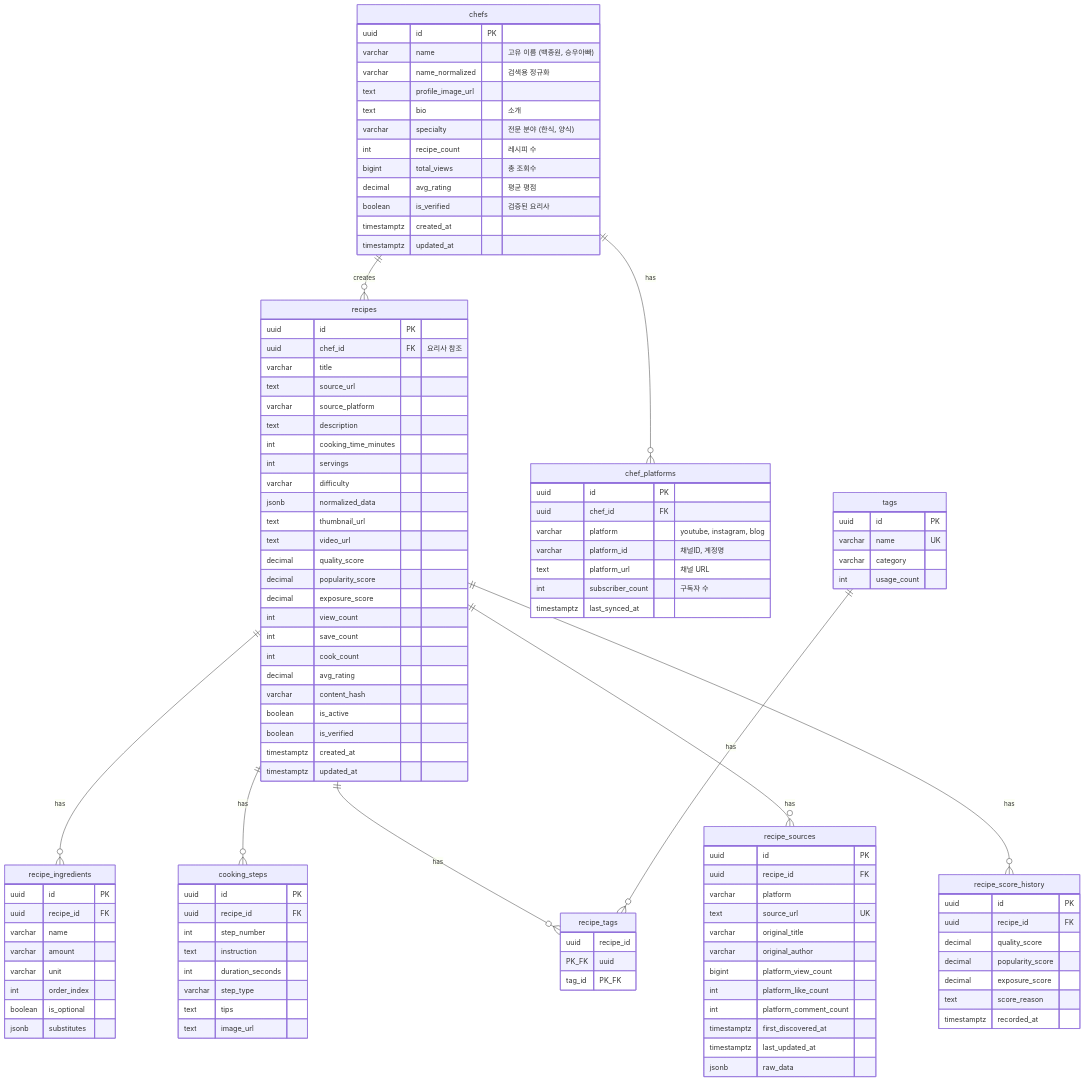
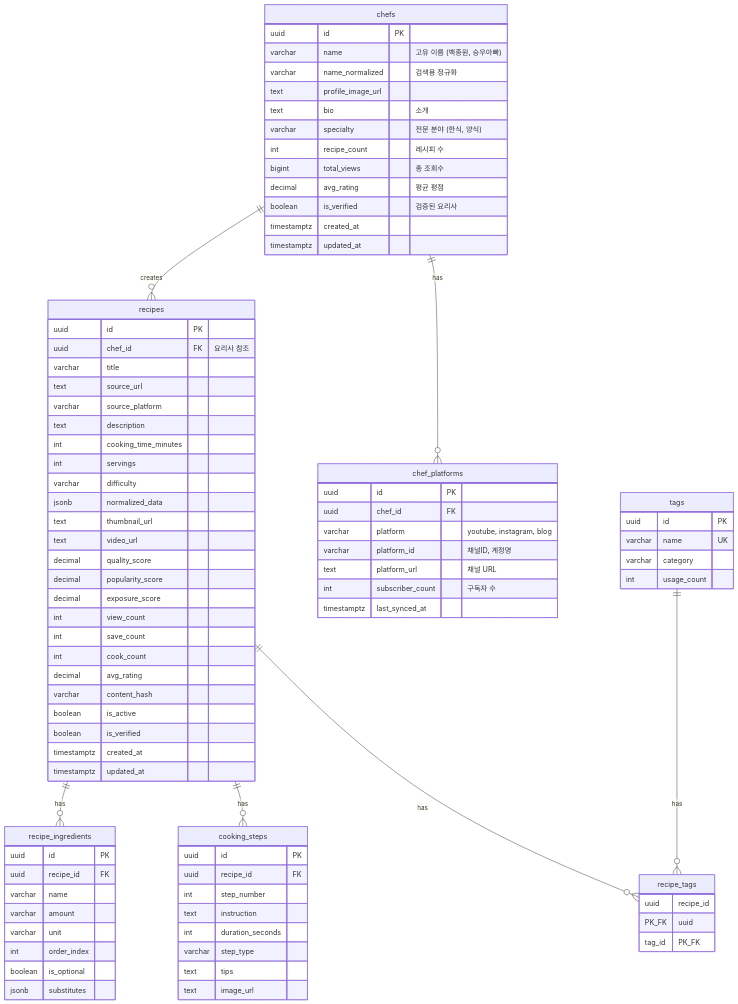
The first of 5 diagrams in SPECKIT_TODO.md (soar3131/naecipe_backend), drawn with Mermaid before and after one commit. The commit also changed other lines of this file, not shown here.

````diff
--- a/SPECKIT_TODO.md
+++ b/SPECKIT_TODO.md
@@ -592,8 +622,6 @@
     recipes ||--o{ recipe_ingredients : has
     recipes ||--o{ cooking_steps : has
     recipes ||--o{ recipe_tags : has
-    recipes ||--o{ recipe_sources : has
-    recipes ||--o{ recipe_score_history : has
     tags ||--o{ recipe_tags : has
 
     chefs {
@@ -682,28 +710,20 @@
         uuid tag_id PK_FK
     }
 
-    recipe_sources {
-        uuid id PK
-        uuid recipe_id FK
-        varchar platform
-        text source_url UK
-        varchar original_title
-        varchar original_author
-        bigint platform_view_count
-        int platform_like_count
-        int platform_comment_count
-        timestamptz first_discovered_at
-        timestamptz last_updated_at
-        jsonb raw_data
-    }
+    %% 미구현: recipe_sources (Phase 3 예정)
+    %% 현재는 recipes.source_url, recipes.source_platform 필드 사용
+    %% recipe_sources {
+    %%     uuid id PK
+    %%     uuid recipe_id FK
+    %%     varchar platform
+    %%     text source_url UK
+    %% }
 
-    recipe_score_history {
-        uuid id PK
-        uuid recipe_id FK
-        decimal quality_score
-        decimal popularity_score
-        decimal exposure_score
-        text score_reason
-        timestamptz recorded_at
-    }
+    %% 미구현: recipe_score_history (Phase 3 예정)
+    %% recipe_score_history {
+    %%     uuid id PK
+    %%     uuid recipe_id FK
+    %%     decimal quality_score
+    %%     timestamptz recorded_at
+    %% }
 ```
````
